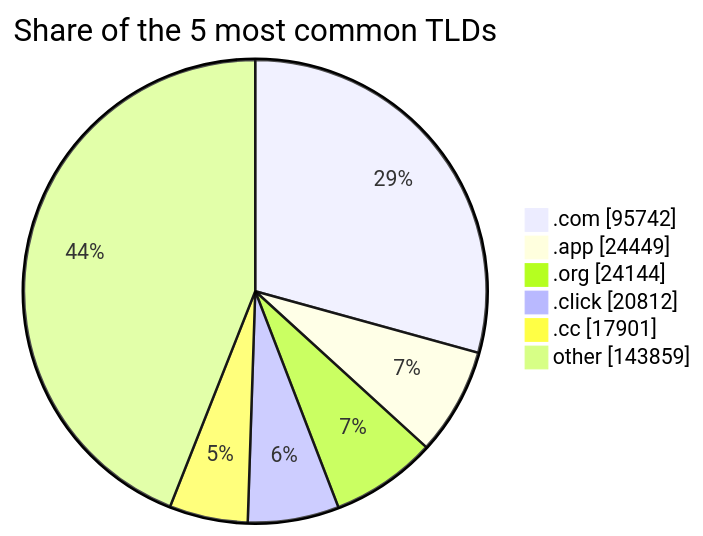
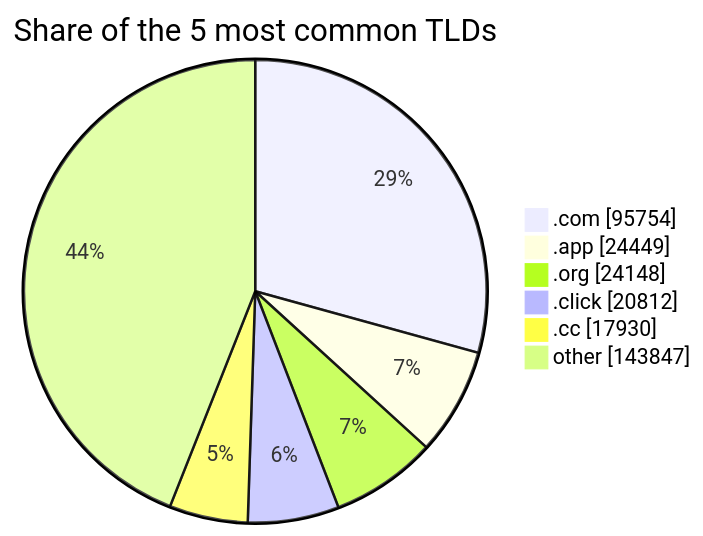
Before and after one commit to DNSBunker/CTI: the third of 3 diagrams in README.md, drawn with Mermaid. The commit also changed other lines of this file and 4 other files, not shown here.

````diff
--- a/README.md
+++ b/README.md
@@ -81,9 +81,9 @@
 ```mermaid
 pie showData title Share of the 5 most common TLDs
-    ".com" : 95742
+    ".com" : 95754
     ".app" : 24449
-    ".org" : 24144
+    ".org" : 24148
     ".click" : 20812
-    ".cc" : 17901
-    "other" : 143859
+    ".cc" : 17930
+    "other" : 143847
 ```
````
